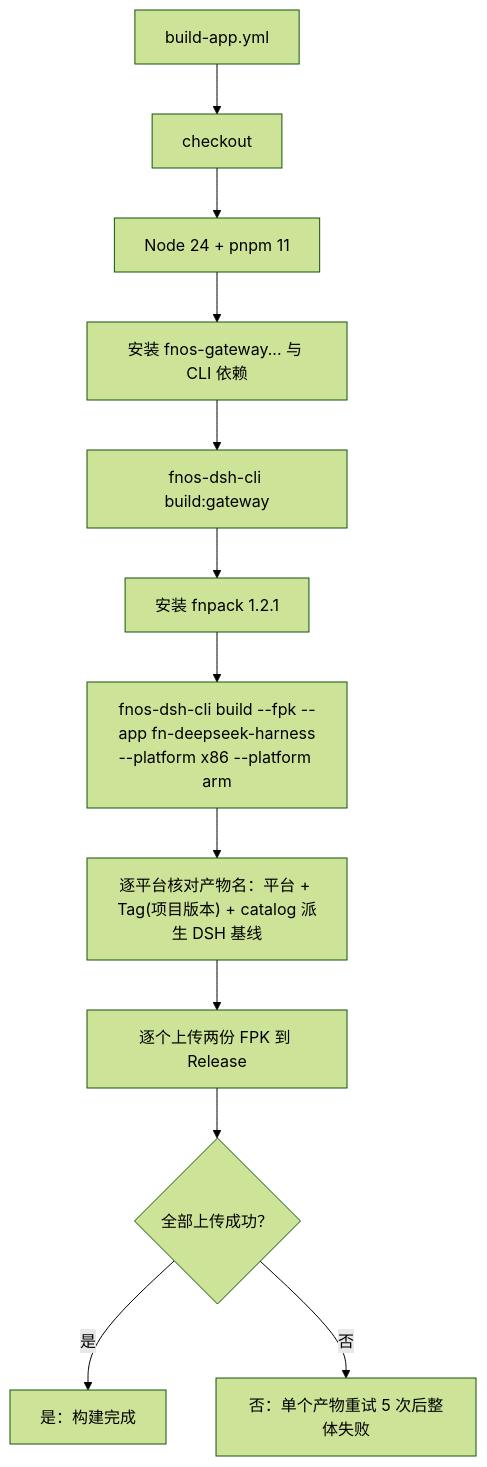
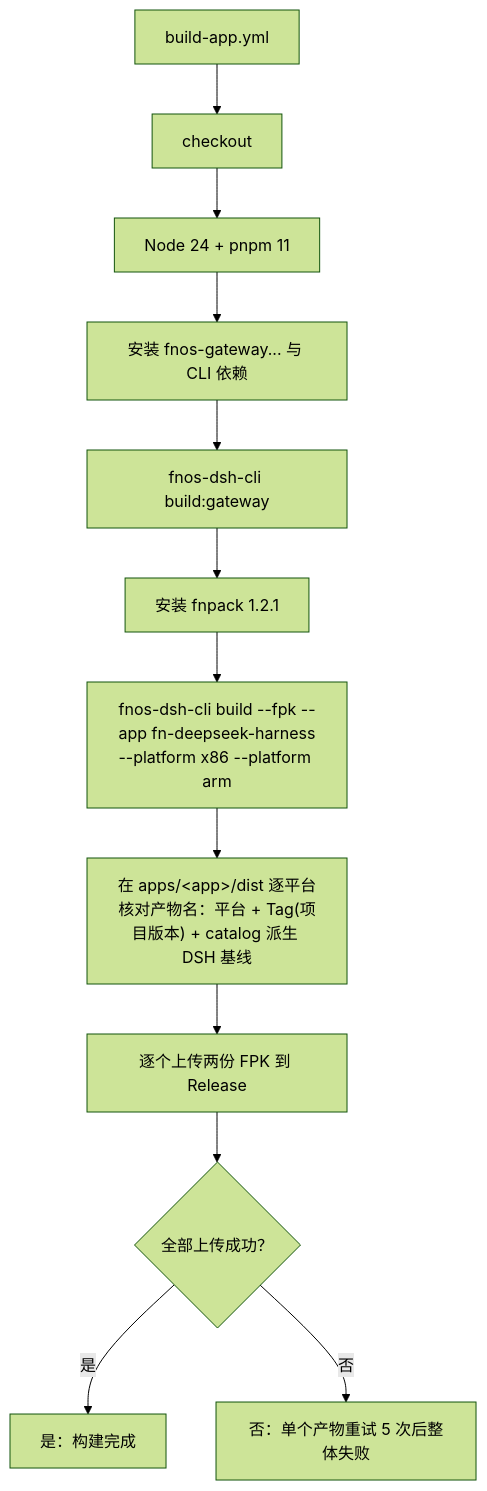
Before and after one commit to FNOSP/fnos-dsh: the third of 4 diagrams in docs/development/github-workflows.md, drawn with Mermaid (forest theme). The commit also changed other lines of this file and 20 other files, not shown here.

````diff
--- a/docs/development/github-workflows.md
+++ b/docs/development/github-workflows.md
@@ -91,20 +91,20 @@
 ```mermaid
 flowchart TD
   workflow["build-app.yml"]
   checkout["checkout"]
   tooling["Node 24 + pnpm 11"]
   install["安装 fnos-gateway... 与 CLI 依赖"]
   gateway["fnos-dsh-cli build:gateway"]
   fnpack["安装 fnpack 1.2.1"]
   build["fnos-dsh-cli build --fpk --app fn-deepseek-harness<br/>--platform x86 --platform arm"]
-  rename["逐平台核对产物名：平台 + Tag(项目版本) + catalog 派生 DSH 基线"]
+  rename["在 apps/&lt;app&gt;/dist 逐平台核对产物名：平台 + Tag(项目版本) + catalog 派生 DSH 基线"]
   upload["逐个上传两份 FPK 到 Release"]
   status{"全部上传成功？"}
   done["是：构建完成"]
   uploadFail["否：单个产物重试 5 次后整体失败"]
 
   workflow --> checkout --> tooling --> install --> gateway --> fnpack
   fnpack --> build --> rename --> upload --> status
   status -->|是| done
   status -->|否| uploadFail
 ```
````
